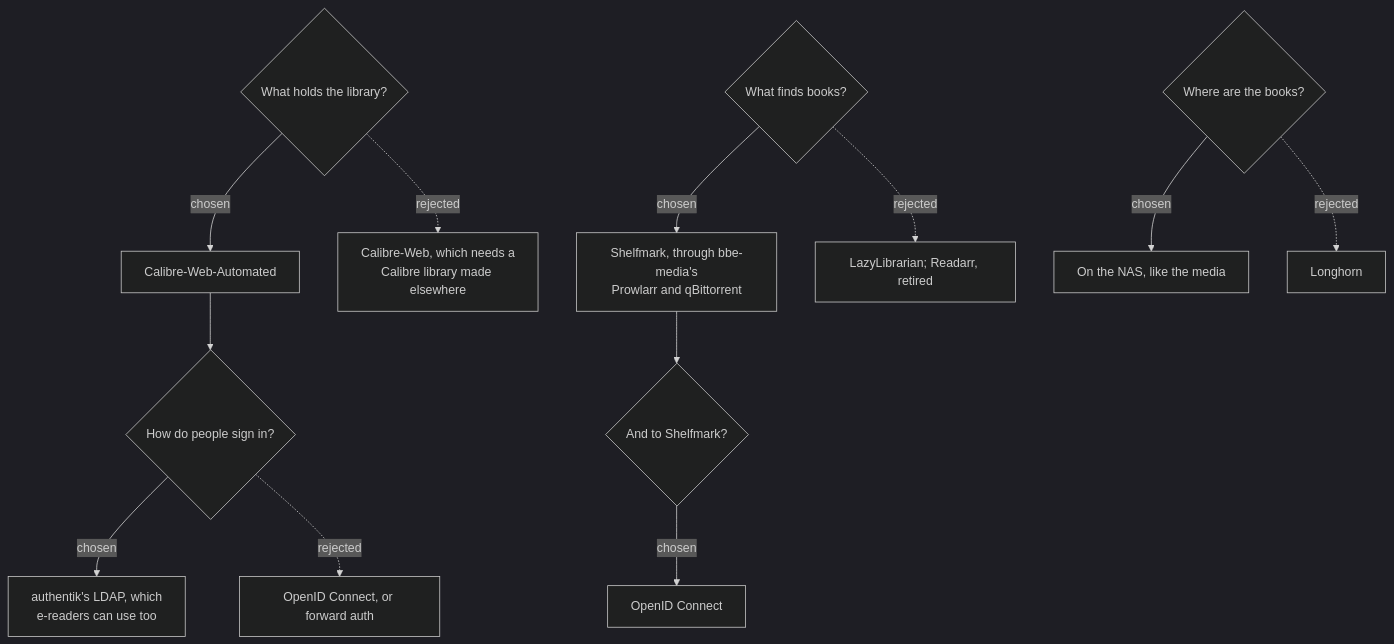
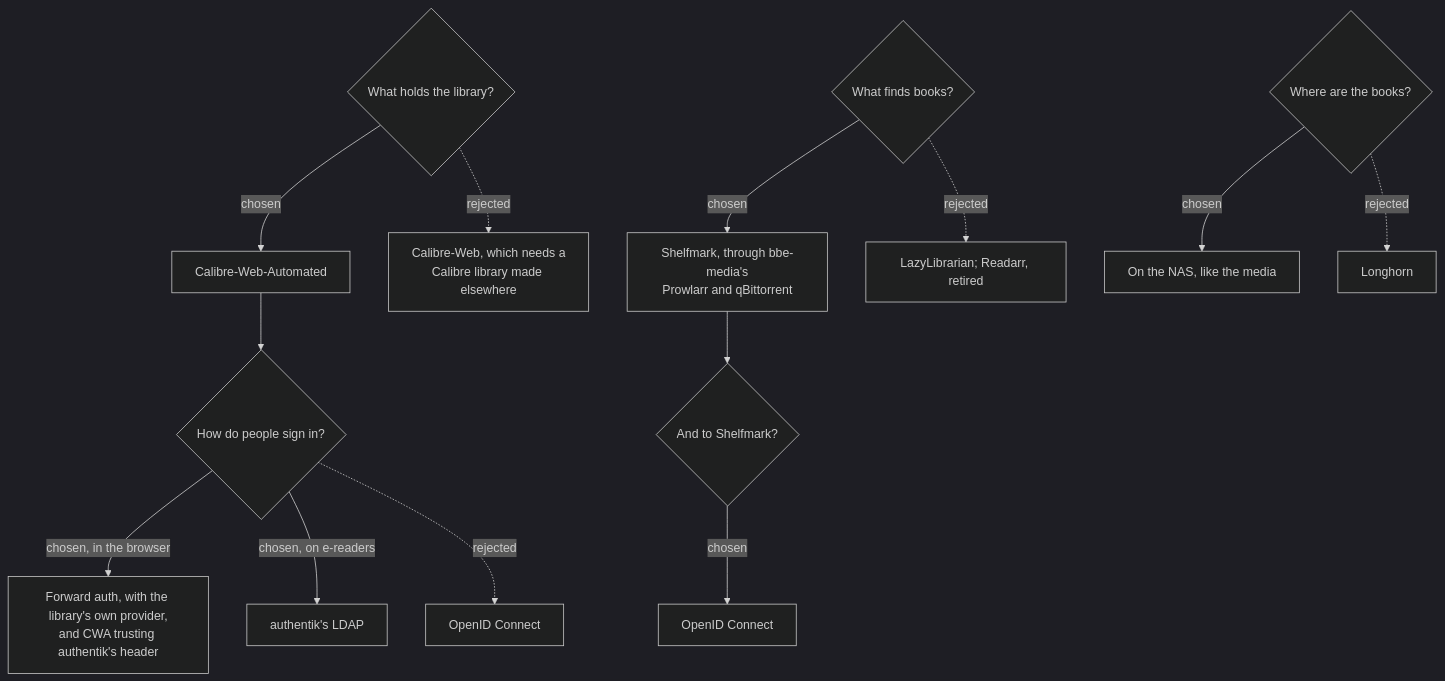
The diagram in docs/decisions/0004-book-library.md (Brains-Beyond-Expectations/bbe-charts), drawn with Mermaid (dark theme) before and after one commit. The commit also changed other lines of this file and 13 other files, not shown here.

First line of the commit message:
feat(bbe-library): sign people in to Calibre-Web with authentik's session, keeping LDAP for e-readers

````diff
--- a/docs/decisions/0004-book-library.md
+++ b/docs/decisions/0004-book-library.md
@@ -13,19 +13,20 @@
 ```mermaid
 flowchart TD
     Q1{What holds the library?}
     Q1 -->|chosen| A1[Calibre-Web-Automated]
     Q1 -.->|rejected| B1[Calibre-Web, which needs a<br/>Calibre library made elsewhere]
 
     Q2{What finds books?} -->|chosen| A2[Shelfmark, through bbe-media's<br/>Prowlarr and qBittorrent]
     Q2 -.->|rejected| B2[LazyLibrarian; Readarr, retired]
 
     A1 --> Q3{How do people sign in?}
-    Q3 -->|chosen| A3[authentik's LDAP, which<br/>e-readers can use too]
-    Q3 -.->|rejected| B3[OpenID Connect, or forward auth]
+    Q3 -->|chosen, in the browser| A3[Forward auth, with the library's own provider,<br/>and CWA trusting authentik's header]
+    Q3 -->|chosen, on e-readers| C3[authentik's LDAP]
+    Q3 -.->|rejected| B3[OpenID Connect]
 
     A2 --> Q4{And to Shelfmark?}
     Q4 -->|chosen| A4[OpenID Connect]
 
     Q5{Where are the books?} -->|chosen| A5[On the NAS, like the media]
     Q5 -.->|rejected| B5[Longhorn]
 ```
````
